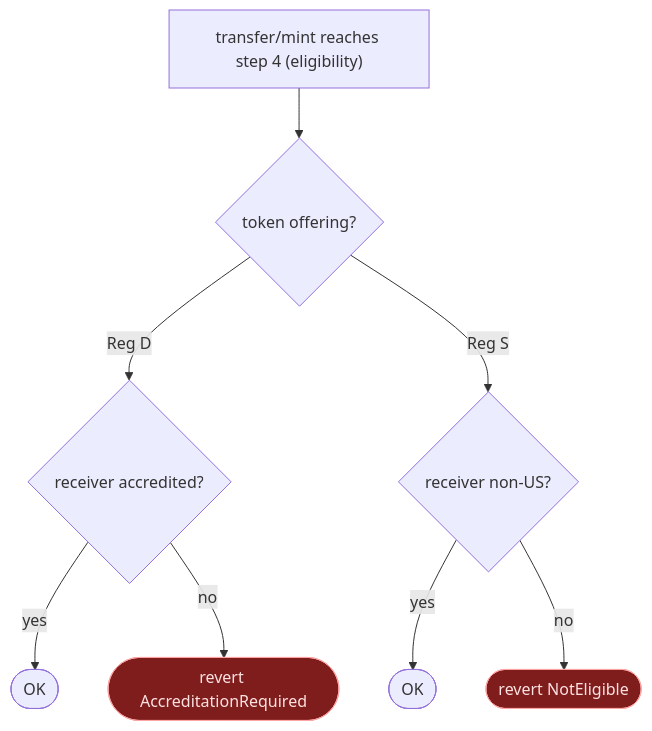
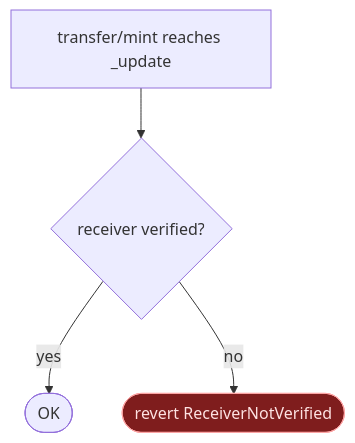
One commit to xbt-a4224j/permissioned-credit-ledger changed diagram 12 of 14 in docs/architecture/MAP.md. Above: the diagram before and after it, drawn with Mermaid. The commit also changed other lines of this file and 69 other files, not shown here.

````diff
--- a/docs/architecture/MAP.md
+++ b/docs/architecture/MAP.md
@@ -599,13 +566,9 @@
 ```mermaid
 flowchart TB
-  T["transfer/mint reaches step 4 (eligibility)"] --> O{token offering?}
-  O -- "Reg D" --> D{receiver accredited?}
-  D -- yes --> OKd([OK])
-  D -- no --> Ad([revert AccreditationRequired])
-  O -- "Reg S" --> S{receiver non-US?}
-  S -- yes --> OKs([OK])
-  S -- no --> Ns([revert NotEligible])
+  T["transfer/mint reaches _update"] --> S2{receiver verified?}
+  S2 -- yes --> OK([OK])
+  S2 -- no --> E2([revert ReceiverNotVerified])
 
   classDef rev fill:#7f1d1d,stroke:#fca5a5,color:#fee2e2;
-  class Ad,Ns rev;
+  class E2 rev;
 ```
````
